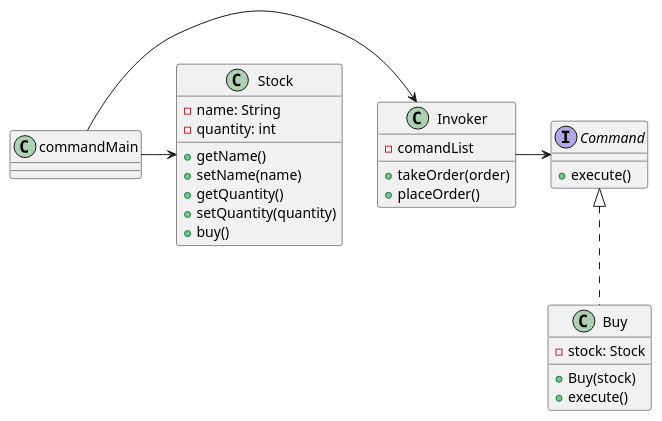
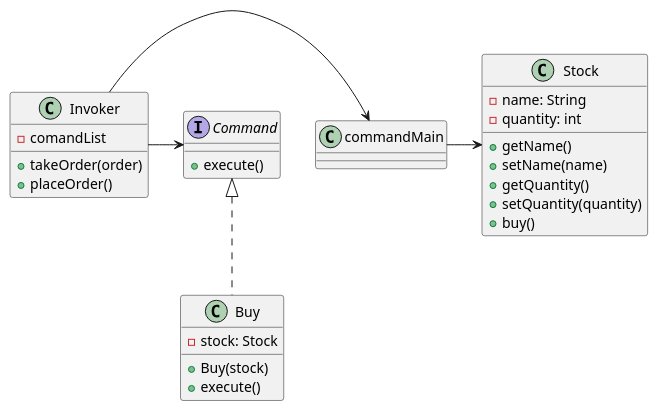
One commit to GonzaPT/patronCommand changed the diagram in uml.plantuml. Above: the diagram before and after it, drawn with PlantUML.

Commit message:
se modifico el UML

```diff
--- a/uml.plantuml
+++ b/uml.plantuml
@@ -1,40 +1,41 @@
 @startuml Patron Command
 
-commandMain -> Invoker
+Invoker -> commandMain
+commandMain -> Stock
 class commandMain{}
 
 Invoker -> Command
 class Invoker{
 
     - comandList
 
     + takeOrder(order)
     + placeOrder()
 }
 
-commandMain -> Stock
+
 class Stock{
         
     - name: String
     - quantity: int
 
     + getName()
     + setName(name)
     + getQuantity()
     + setQuantity(quantity)
     + buy()
 }
 
 interface Command{
         + execute()
 }
 
 class Buy implements Command{
     
     - stock: Stock
 
     + Buy(stock)
     + execute()
 }
 
 @enduml
```
